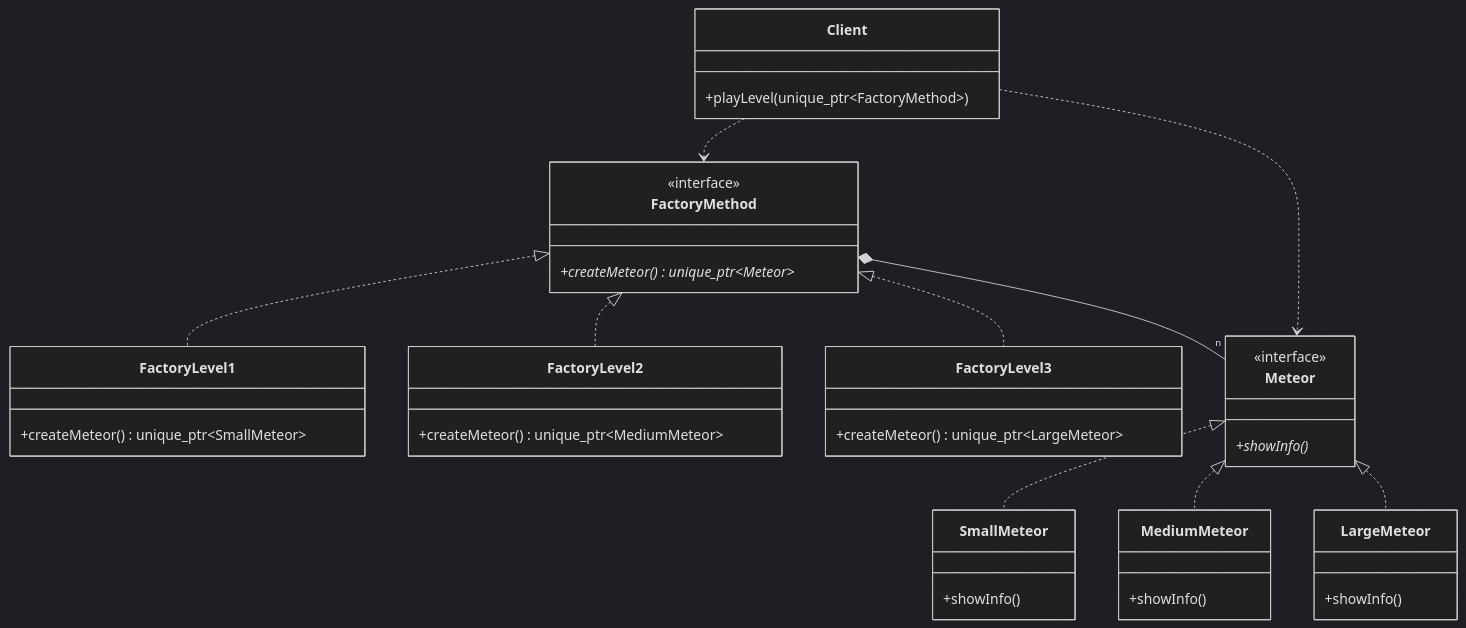
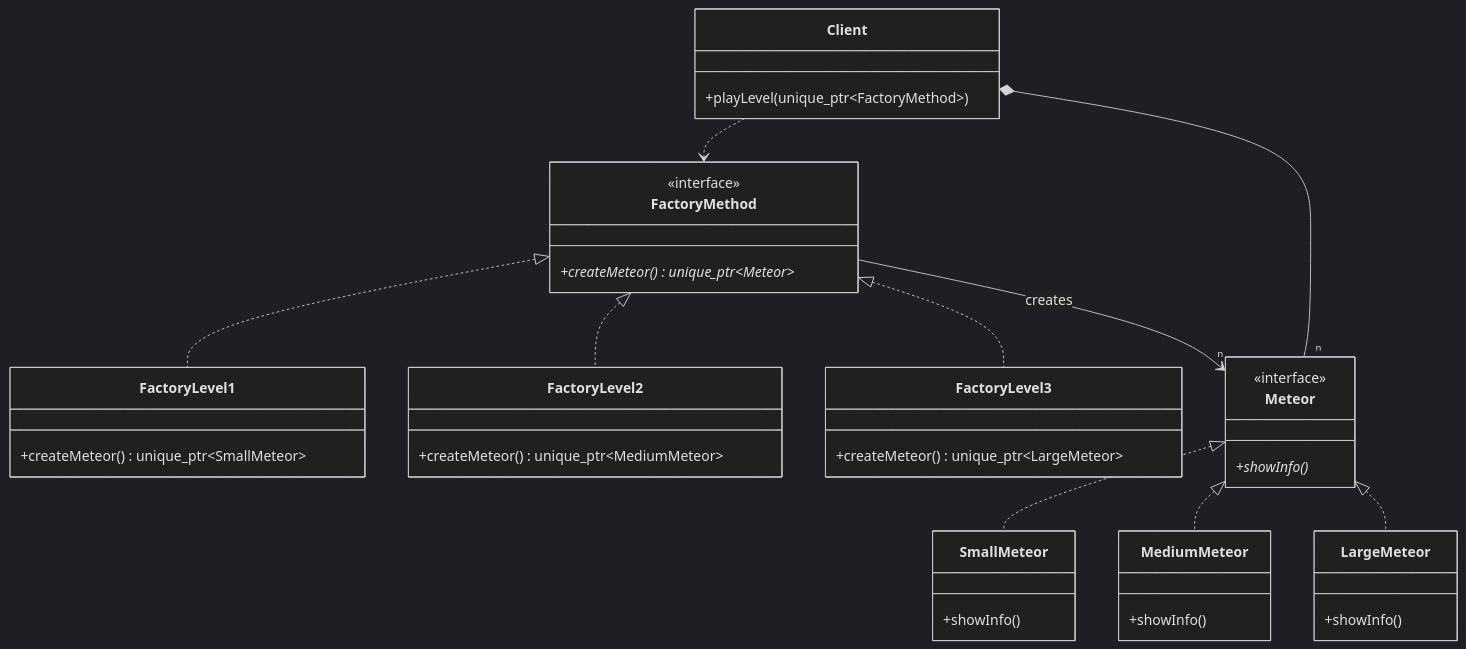
Before and after one commit to Cichlidfishexigency721/Modern-CPP-Design-Patterns: the diagram in 02_FactoryMethod/FactoryMethod_GoF/diagram.md, drawn with Mermaid (dark theme).

Commit message:
UML improvement

````diff
--- a/02_FactoryMethod/FactoryMethod_GoF/diagram.md
+++ b/02_FactoryMethod/FactoryMethod_GoF/diagram.md
@@ -3,54 +3,54 @@
 ```mermaid
 classDiagram
     class Meteor {
         <<interface>>
         +showInfo()*
     }
     class SmallMeteor {
         +showInfo()
     }
     class MediumMeteor {
         +showInfo()
     }
     class LargeMeteor {
         +showInfo()
     }
 
     class FactoryMethod {
         <<interface>>
         +createMeteor()* unique_ptr~Meteor~
     }
     class FactoryLevel1 {
         +createMeteor() unique_ptr~SmallMeteor~
     }
     class FactoryLevel2 {
         +createMeteor() unique_ptr~MediumMeteor~
     }
     class FactoryLevel3 {
         +createMeteor() unique_ptr~LargeMeteor~
     }
 
     class Client {
         +playLevel(unique_ptr~FactoryMethod~)
     }
 
     Meteor <|.. SmallMeteor
     Meteor <|.. MediumMeteor
     Meteor <|.. LargeMeteor
 
     FactoryMethod <|.. FactoryLevel1
     FactoryMethod <|.. FactoryLevel2
     FactoryMethod <|.. FactoryLevel3
 
     %% Concrete creators depend on concrete products
     %%FactoryLevel1 ..> SmallMeteor
     %%FactoryLevel2 ..> MediumMeteor
     %%FactoryLevel3 ..> LargeMeteor
 
     %% Abstract creator conceptually creates abstract products
-    FactoryMethod *-- "n" Meteor
+    FactoryMethod --> "n" Meteor : creates
 
     %% Client uses the abstractions
     Client ..> FactoryMethod
-    Client ..> Meteor
+    Client *-- "n" Meteor
 ```
````
